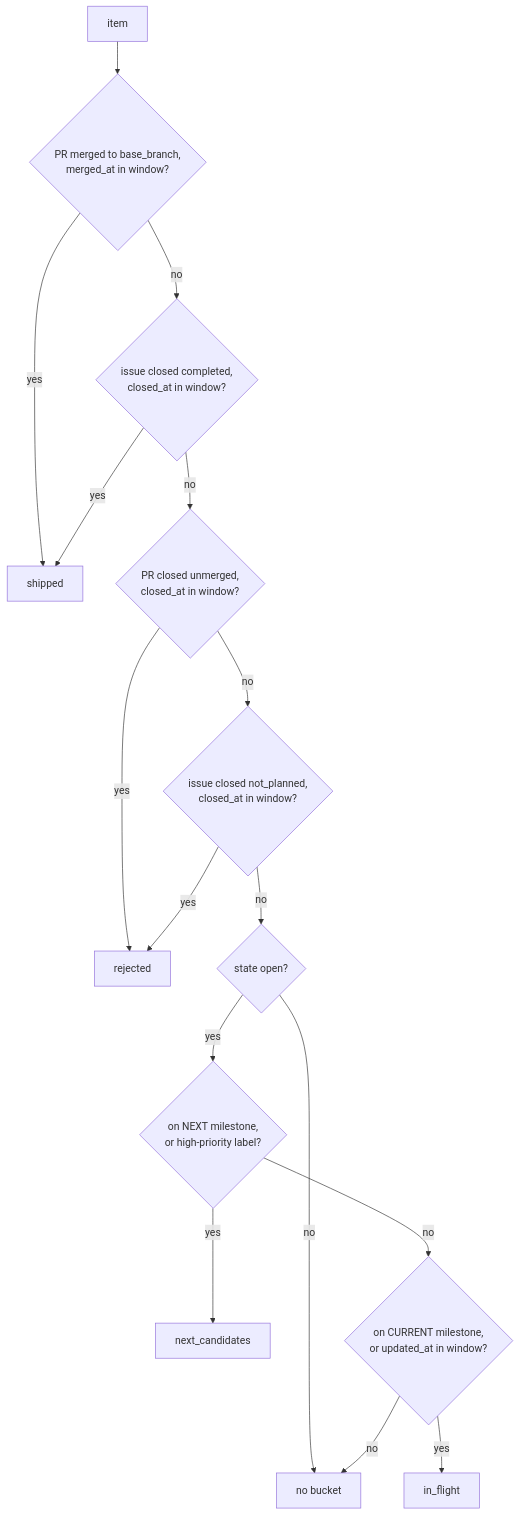
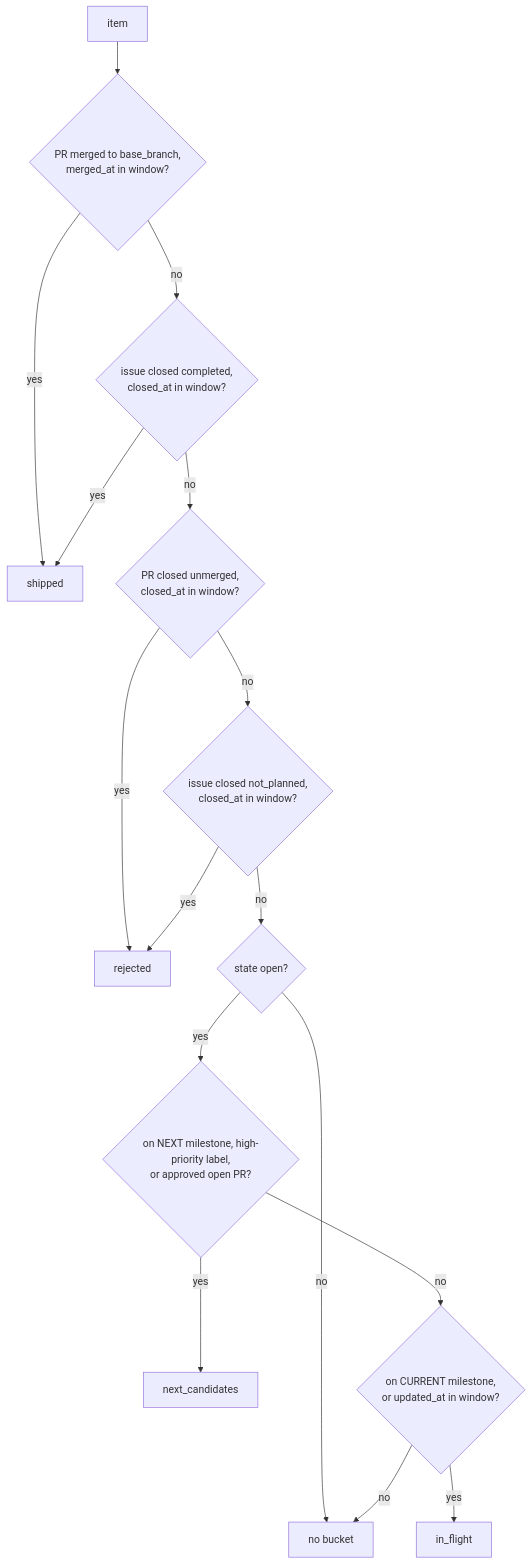
Before and after one commit to DamianFlynn/experiments: the tenth of 12 diagrams in .claude/skills/activity-overview/docs/LLD.md, drawn with Mermaid. The commit also changed other lines of this file and 21 other files, not shown here.

````diff
--- a/.claude/skills/activity-overview/docs/LLD.md
+++ b/.claude/skills/activity-overview/docs/LLD.md
@@ -1015,18 +1025,18 @@
 ```mermaid
 flowchart TB
   x["item"] --> s1{"PR merged to base_branch,<br/>merged_at in window?"}
   s1 -- yes --> SH["shipped"]
   s1 -- no --> s2{"issue closed completed,<br/>closed_at in window?"}
   s2 -- yes --> SH
   s2 -- no --> r1{"PR closed unmerged,<br/>closed_at in window?"}
   r1 -- yes --> RJ["rejected"]
   r1 -- no --> r2{"issue closed not_planned,<br/>closed_at in window?"}
   r2 -- yes --> RJ
   r2 -- no --> o{"state open?"}
   o -- no --> NB["no bucket"]
-  o -- yes --> n1{"on NEXT milestone,<br/>or high-priority label?"}
+  o -- yes --> n1{"on NEXT milestone, high-priority label,<br/>or approved open PR?"}
   n1 -- yes --> NC["next_candidates"]
   n1 -- no --> i1{"on CURRENT milestone,<br/>or updated_at in window?"}
   i1 -- yes --> IF["in_flight"]
   i1 -- no --> NB
 ```
````
